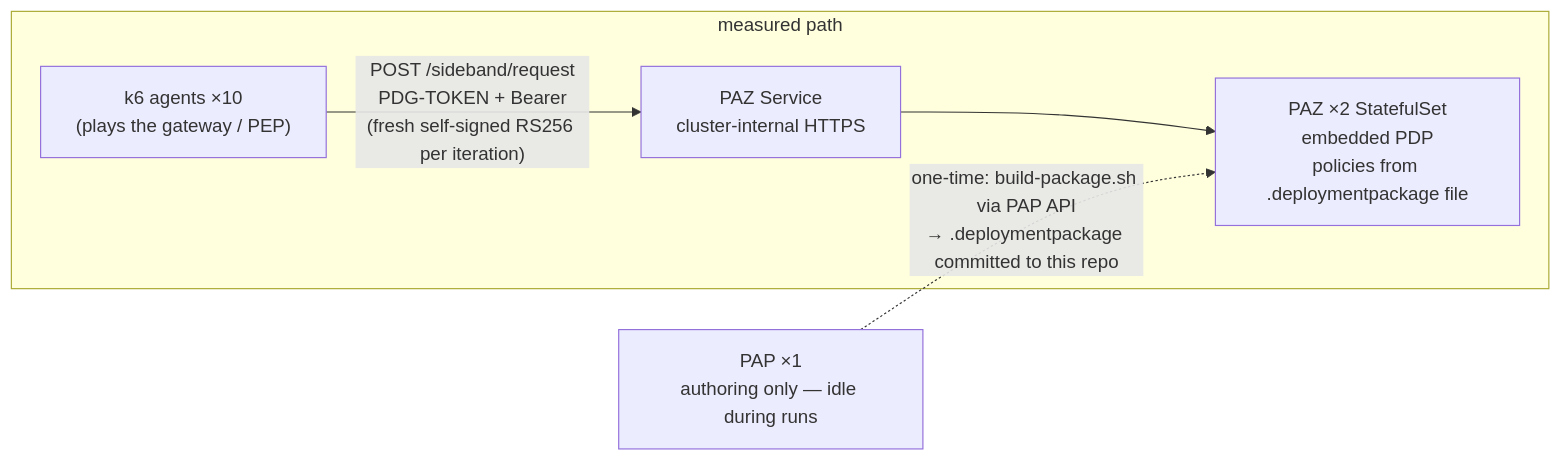
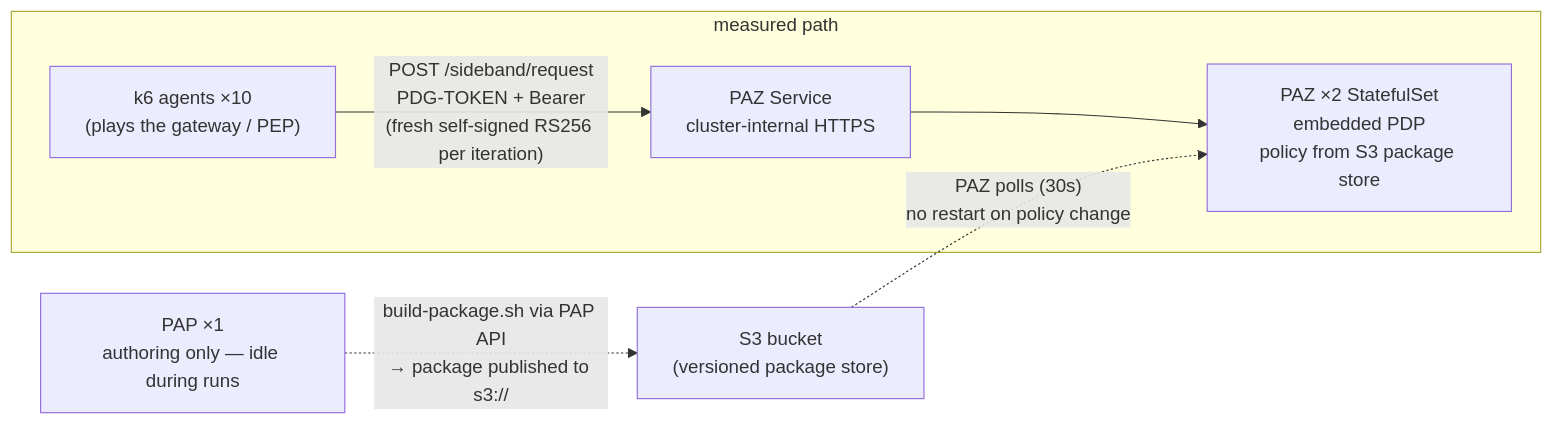
One commit to carbonefederico/authorize-performance-test changed the diagram in README.md. Above: the diagram before and after it, drawn with Mermaid. The commit also changed other lines of this file and 8 other files, not shown here.

First line of the commit message:
feat: S3 deployment-package store (production policy lifecycle)

````diff
--- a/README.md
+++ b/README.md
@@ -24,13 +24,15 @@
 ```mermaid
 flowchart LR
     subgraph "measured path"
     k6["k6 agents ×10<br/>(plays the gateway / PEP)"]
     svc["PAZ Service<br/>cluster-internal HTTPS"]
-    paz["PAZ ×2 StatefulSet<br/>embedded PDP<br/>policies from .deploymentpackage file"]
+    paz["PAZ ×2 StatefulSet<br/>embedded PDP<br/>policy from S3 package store"]
     end
     pap["PAP ×1<br/>authoring only — idle during runs"]
+    s3["S3 bucket<br/>(versioned package store)"]
 
     k6 -- "POST /sideband/request<br/>PDG-TOKEN + Bearer<br/>(fresh self-signed RS256 per iteration)" --> svc
     svc --> paz
-    pap -. "one-time: build-package.sh via PAP API<br/>→ .deploymentpackage committed to this repo" .-> paz
+    pap -. "build-package.sh via PAP API<br/>→ package published to s3://" .-> s3
+    s3 -. "PAZ polls (30s)<br/>no restart on policy change" .-> paz
 ```
````
